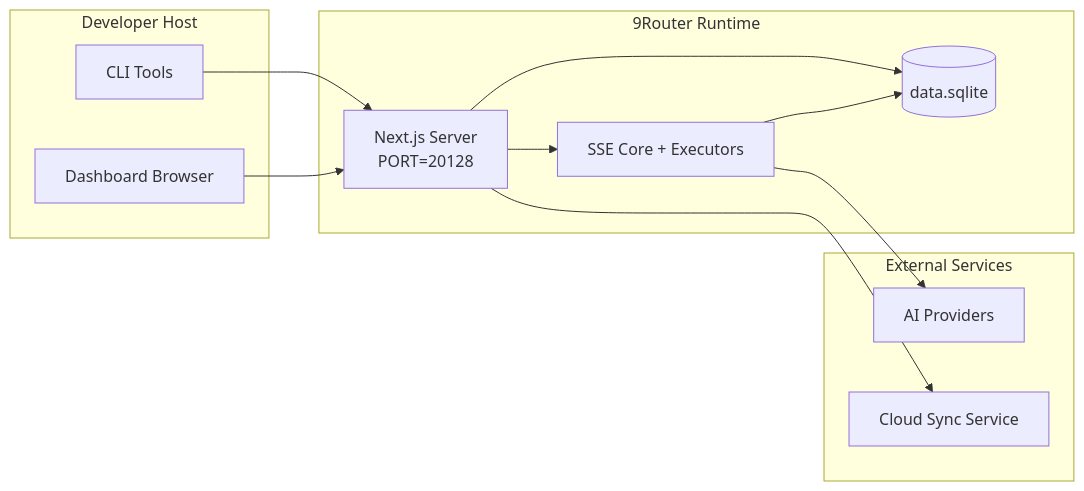
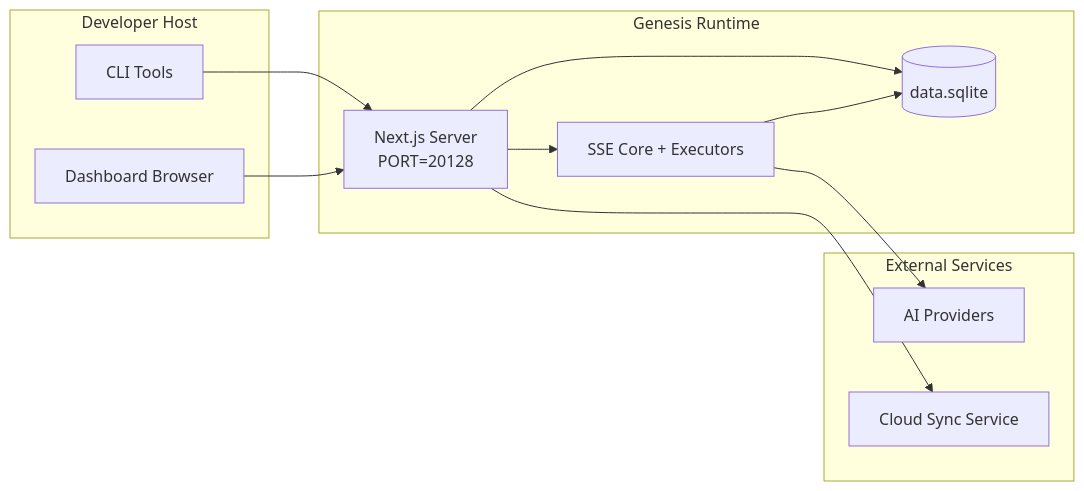
One commit to vzwjustin/Genesis changed the seventh of 7 diagrams in docs/ARCHITECTURE.md. Above: the diagram before and after it, drawn with Mermaid. The commit also changed other lines of this file and 337 other files, not shown here.

````diff
--- a/docs/ARCHITECTURE.md
+++ b/docs/ARCHITECTURE.md
@@ -385,26 +385,26 @@
 ```mermaid
 flowchart LR
     subgraph LocalHost[Developer Host]
         CLI[CLI Tools]
         Browser[Dashboard Browser]
     end
 
-    subgraph ContainerOrProcess[9Router Runtime]
+    subgraph ContainerOrProcess[Genesis Runtime]
         Next[Next.js Server\nPORT=20128]
         Core[SSE Core + Executors]
         MainDB[(data.sqlite)]
     end
 
     subgraph External[External Services]
         Providers[AI Providers]
         SyncCloud[Cloud Sync Service]
     end
 
     CLI --> Next
     Browser --> Next
     Next --> Core
     Next --> MainDB
     Core --> MainDB
     Core --> Providers
     Next --> SyncCloud
 ```
````
